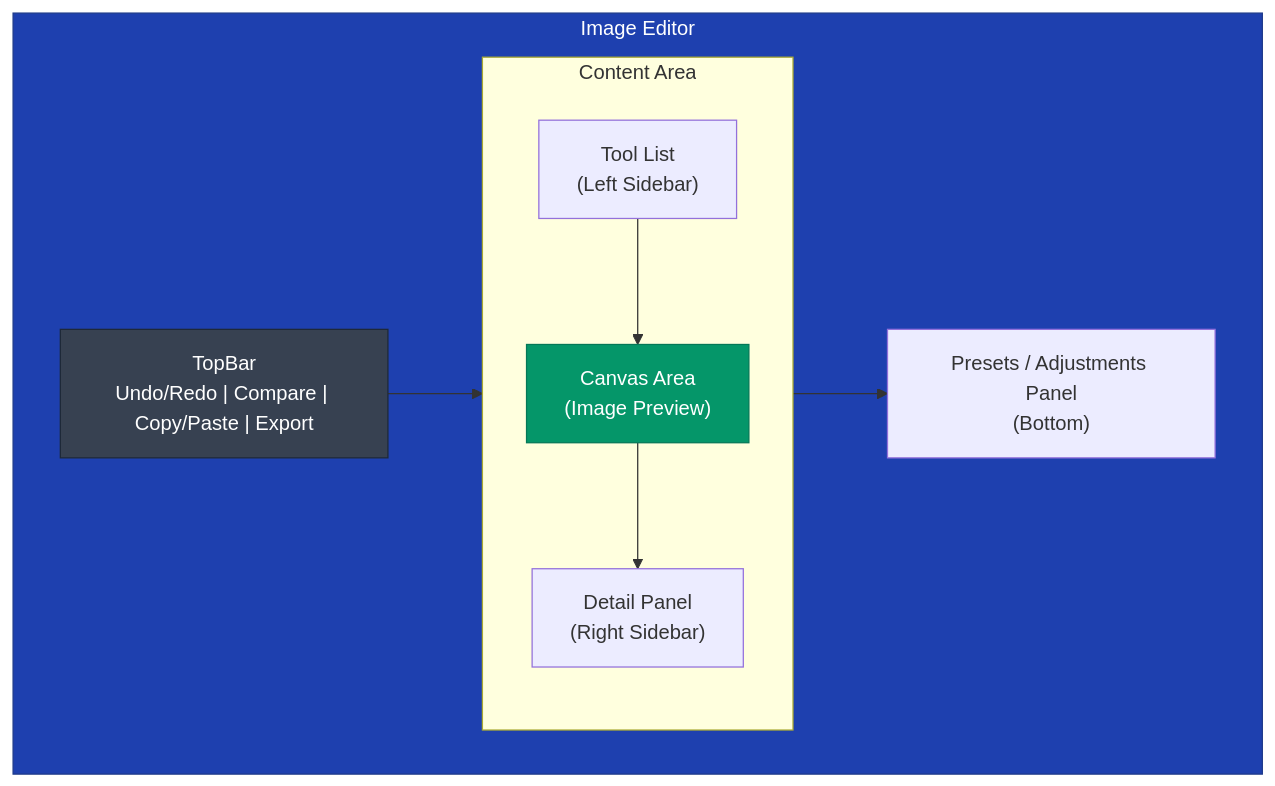
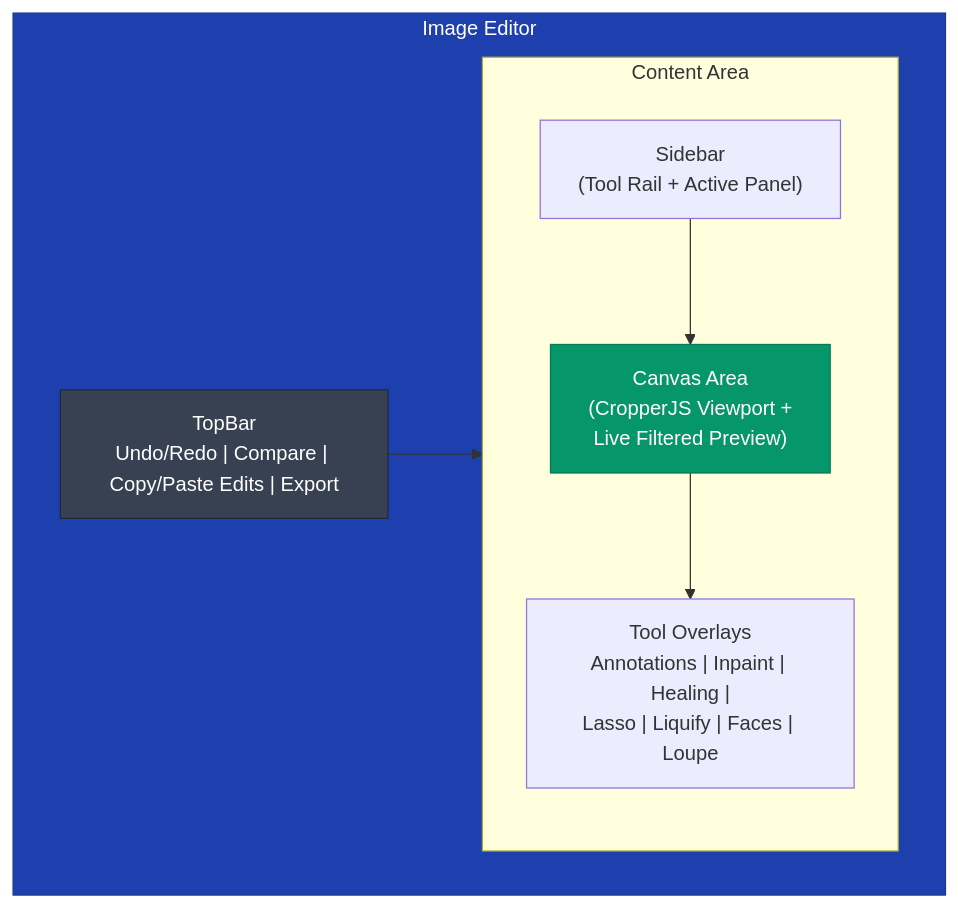
The first of 2 diagrams in docs/IMAGE_EDITOR.md (VardhmanSurana/Prism), drawn with Mermaid before and after one commit. The commit also changed other lines of this file, not shown here.

Commit message:
docs(editor): update image editor documentation for tool count and interface details

````diff
--- a/docs/IMAGE_EDITOR.md
+++ b/docs/IMAGE_EDITOR.md
@@ -11,23 +11,20 @@
 ```mermaid
 graph TB
     subgraph Editor["Image Editor"]
-        TopBar["TopBar<br/>Undo/Redo | Compare | Copy/Paste | Export"]
-        
+        TopBar["TopBar<br/>Undo/Redo | Compare | Copy/Paste Edits | Export"]
+
         subgraph Content["Content Area"]
-            ToolList["Tool List<br/>(Left Sidebar)"]
-            Canvas["Canvas Area<br/>(Image Preview)"]
-            DetailPanel["Detail Panel<br/>(Right Sidebar)"]
+            Sidebar["Sidebar<br/>(Tool Rail + Active Panel)"]
+            Canvas["Canvas Area<br/>(CropperJS Viewport +<br/>Live Filtered Preview)"]
+            Overlays["Tool Overlays<br/>Annotations | Inpaint | Healing |<br/>Lasso | Liquify | Faces | Loupe"]
         end
-        
-        AdjustmentsPanel["Presets / Adjustments Panel<br/>(Bottom)"]
     end
 
     TopBar --> Content
-    Content --> AdjustmentsPanel
-    ToolList --> Canvas
-    Canvas --> DetailPanel
+    Sidebar --> Canvas
+    Canvas --> Overlays
 
     style Editor fill:#1e40af,stroke:#1e3a8a,color:#fff
     style TopBar fill:#374151,stroke:#1f2937,color:#fff
     style Canvas fill:#059669,stroke:#047857,color:#fff
 ```
````
